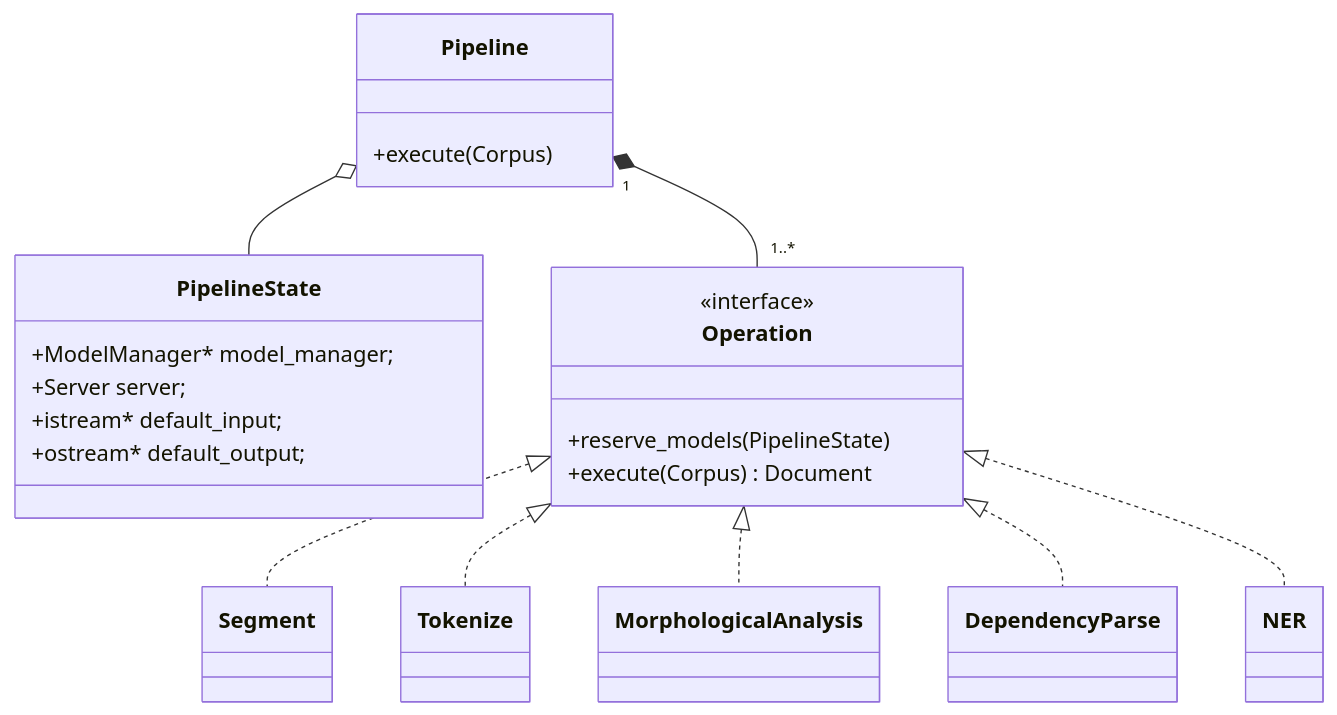
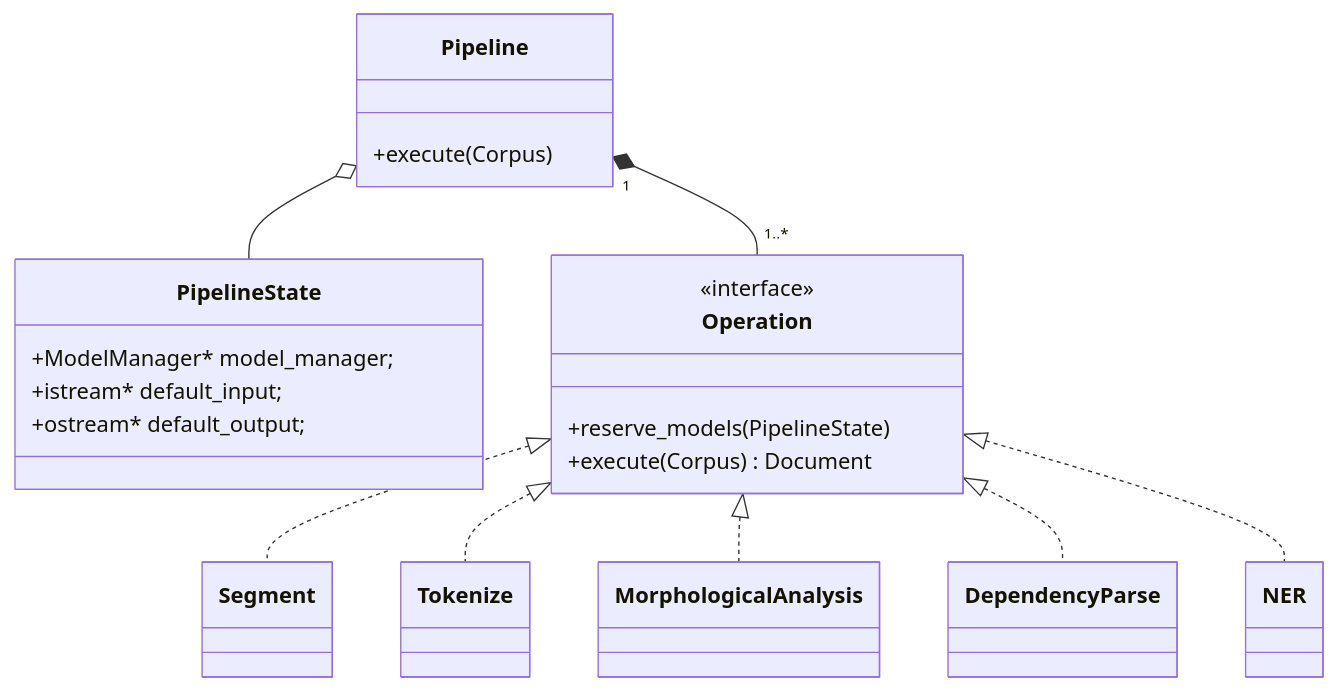
The fourth of 7 diagrams in docs/src/dev/architecture.md (ufal/linpipe), drawn with Mermaid before and after one commit. The commit also changed other lines of this file, not shown here.

````diff
--- a/docs/src/dev/architecture.md
+++ b/docs/src/dev/architecture.md
@@ -111,34 +111,33 @@
 ```mermaid
 classDiagram
   class Pipeline {
     +execute(Corpus)
   }
 
   class PipelineState {
     +ModelManager* model_manager;
-    +Server server;
     +istream* default_input;
     +ostream* default_output;
   }
 
   class Operation {
     <<interface>>
     +reserve_models(PipelineState)
     +execute(Corpus) Document
   }
 
   Pipeline "1" *-- "1..*" Operation
   Pipeline o-- PipelineState
 
   class Segment
   class Tokenize
   class MorphologicalAnalysis
   class DependencyParse
   class NER
 
   Operation <|.. Segment
   Operation <|.. Tokenize
   Operation <|.. MorphologicalAnalysis
   Operation <|.. DependencyParse
   Operation <|.. NER
 ```
````
